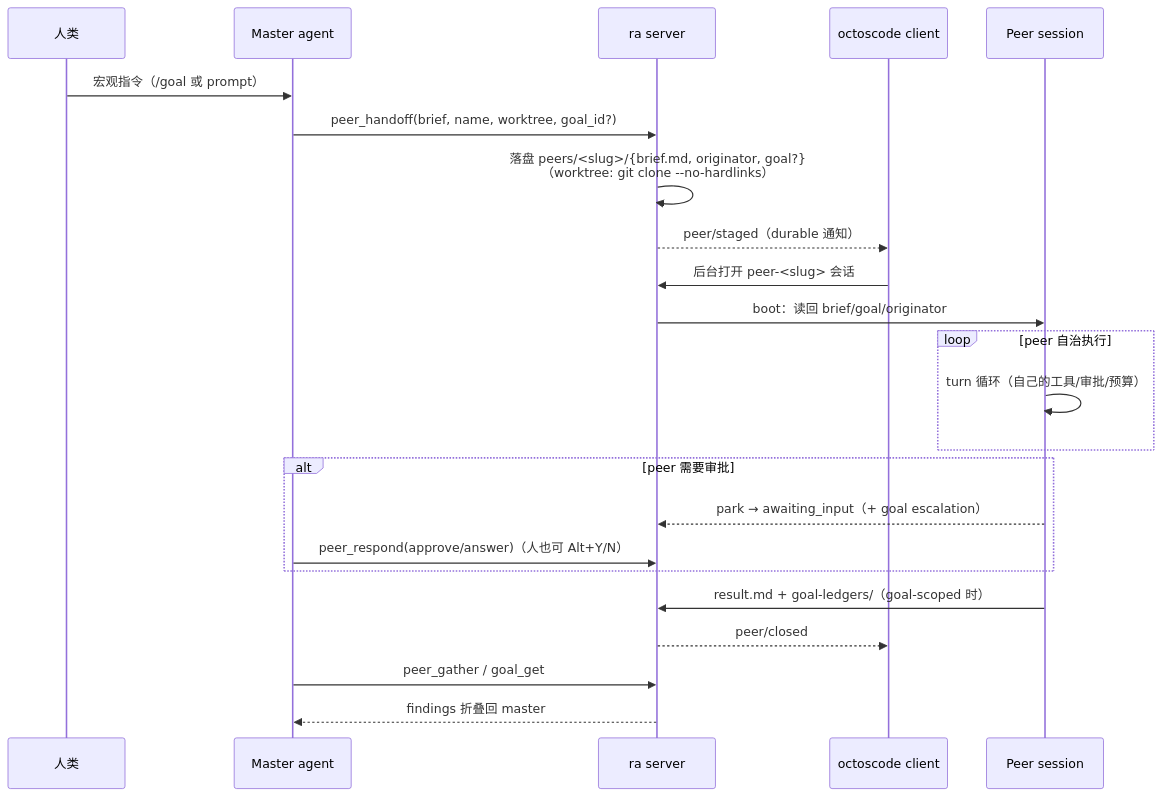
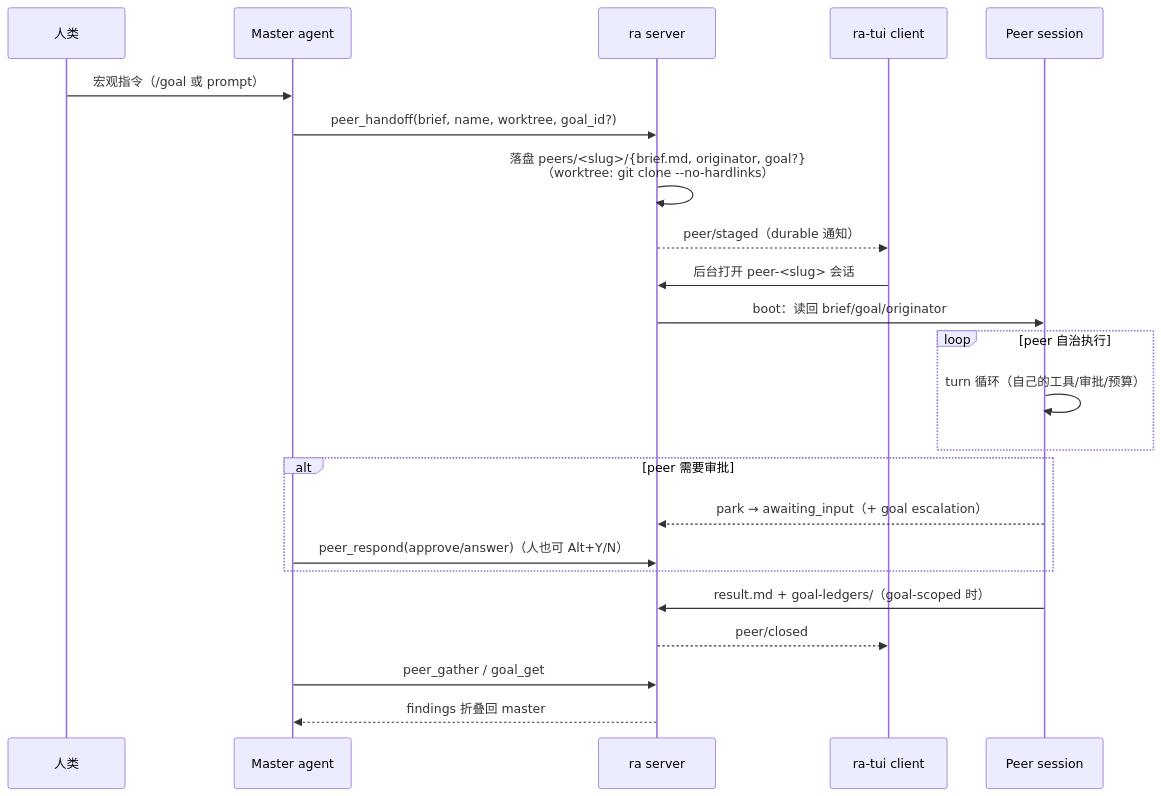
Before and after one commit to icehomura/RecurAgent: the third of 3 diagrams in tui/docs/PEER_GOAL_ARCHITECTURE.md, drawn with Mermaid. The commit also changed other lines of this file and 1007 other files, not shown here.

````diff
--- a/tui/docs/PEER_GOAL_ARCHITECTURE.md
+++ b/tui/docs/PEER_GOAL_ARCHITECTURE.md
@@ -160,26 +160,26 @@
 ```mermaid
 sequenceDiagram
     participant H as 人类
     participant M as Master agent
     participant S as ra server
-    participant C as octoscode client
+    participant C as ra-tui client
     participant P as Peer session
 
     H->>M: 宏观指令（/goal 或 prompt）
     M->>S: peer_handoff(brief, name, worktree, goal_id?)
     S->>S: 落盘 peers/<slug>/{brief.md, originator, goal?}<br/>（worktree: git clone --no-hardlinks）
     S-->>C: peer/staged（durable 通知）
     C->>S: 后台打开 peer-<slug> 会话
     S->>P: boot：读回 brief/goal/originator
     loop peer 自治执行
         P->>P: turn 循环（自己的工具/审批/预算）
     end
     alt peer 需要审批
         P-->>S: park → awaiting_input（+ goal escalation）
         M->>S: peer_respond(approve/answer)（人也可 Alt+Y/N）
     end
     P->>S: result.md + goal-ledgers/（goal-scoped 时）
     S-->>C: peer/closed
     M->>S: peer_gather / goal_get
     S-->>M: findings 折叠回 master
 ```
````
